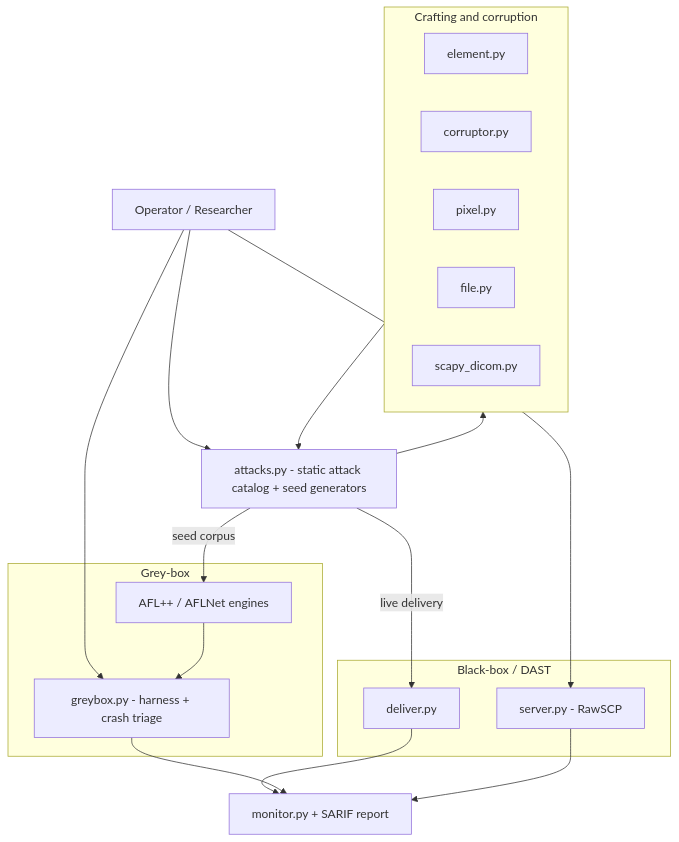
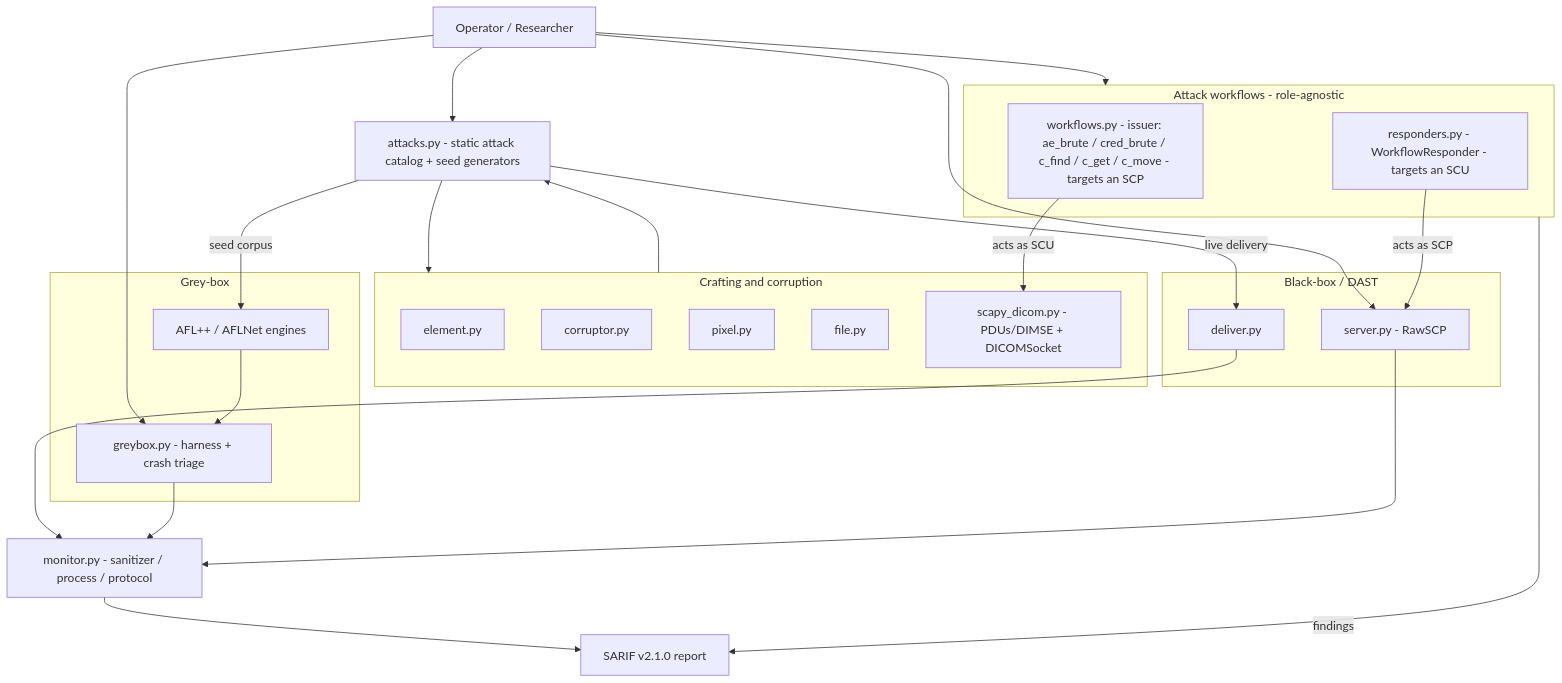
Before and after one commit to tmart234/C-SCARE: the diagram in README.md, drawn with Mermaid.

Commit message:
docs: add attack-workflows to the README architecture diagram
Show the role-agnostic workflows subgraph: workflows.py (issuer, acts as
SCU to target an SCP) building on scapy_dicom's DICOMSocket, and
responders.py (WorkflowResponder, acts as SCP to target an SCU) building
on RawSCP. Split the SARIF report node out of monitor.py and route
workflow findings to it directly (workflows reuse the SARIF writer, not
the fuzz-only sanitizer/process monitors).

````diff
--- a/README.md
+++ b/README.md
@@ -25,38 +25,49 @@
 ```mermaid
 flowchart TD
     USER[Operator / Researcher]
 
     subgraph CRAFT [Crafting and corruption]
         ELEMENT[element.py]
         CORRUPTOR[corruptor.py]
         PIXEL[pixel.py]
         FILE[file.py]
-        SCAPY[scapy_dicom.py]
+        SCAPY[scapy_dicom.py - PDUs/DIMSE + DICOMSocket]
     end
 
     CATALOG[attacks.py - static attack catalog + seed generators]
 
     subgraph BLACKBOX [Black-box / DAST]
         DELIVER[deliver.py]
         SERVER[server.py - RawSCP]
     end
 
+    subgraph WORKFLOWS [Attack workflows - role-agnostic]
+        ISSUER[workflows.py - issuer: ae_brute / cred_brute / c_find / c_get / c_move - targets an SCP]
+        RESPONDER[responders.py - WorkflowResponder - targets an SCU]
+    end
+
     subgraph GREYBOX [Grey-box]
         AFL[AFL++ / AFLNet engines]
         GB[greybox.py - harness + crash triage]
     end
 
-    MONITOR[monitor.py + SARIF report]
+    MONITOR[monitor.py - sanitizer / process / protocol]
+    SARIF[SARIF v2.1.0 report]
 
     USER --> CATALOG
     USER --> SERVER
+    USER --> WORKFLOWS
     USER --> GB
     CATALOG --> CRAFT
     CRAFT --> CATALOG
     CATALOG -->|live delivery| DELIVER
     CATALOG -->|seed corpus| AFL
+    ISSUER -->|acts as SCU| SCAPY
+    RESPONDER -->|acts as SCP| SERVER
     DELIVER --> MONITOR
     AFL --> GB
     GB --> MONITOR
     SERVER --> MONITOR
+    MONITOR --> SARIF
+    WORKFLOWS -->|findings| SARIF
 ```
````
